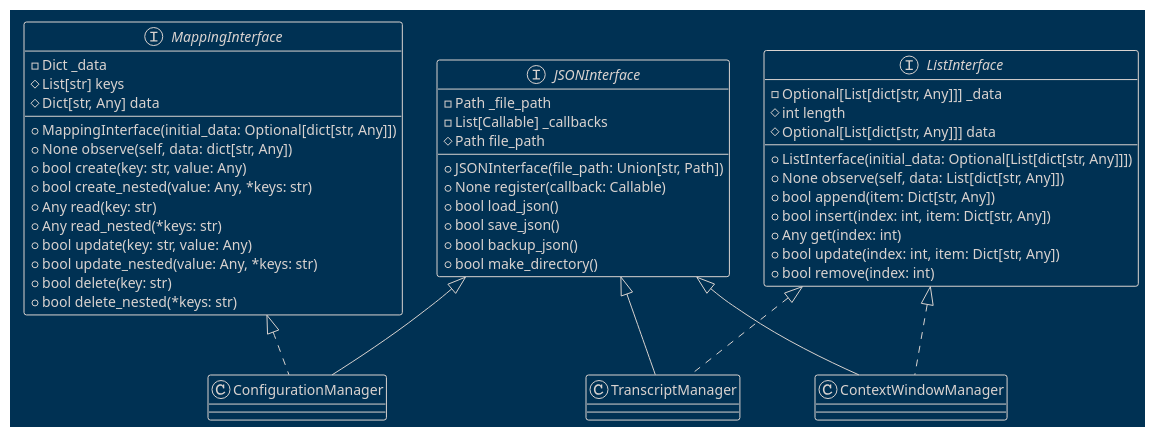
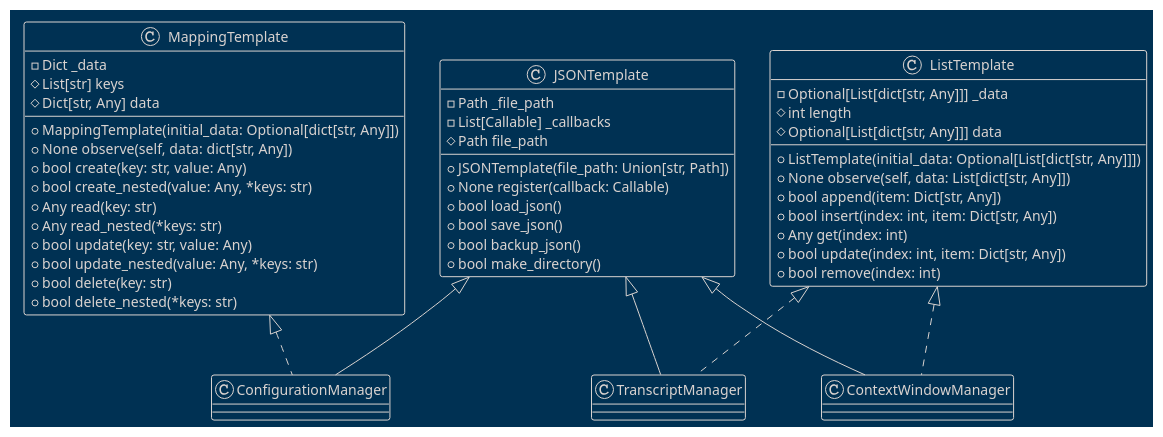
One commit to teleprint-me/py.gpt.prompt changed the diagram in docs/diagrams/plantuml/json_interface.puml. Above: the diagram before and after it, drawn with PlantUML.

Commit message:
docs: Rename mapping template class identifiers

```diff
--- a/docs/diagrams/plantuml/json_interface.puml
+++ b/docs/diagrams/plantuml/json_interface.puml
@@ -1,56 +1,56 @@
-@startuml JSONInterface
+@startuml MappingTemplate
 !theme blueprint
 
-interface JSONInterface {
+class JSONTemplate {
     - Path _file_path
     - List[Callable] _callbacks
-    + JSONInterface(file_path: Union[str, Path])
+    + JSONTemplate(file_path: Union[str, Path])
     # Path file_path
     + None register(callback: Callable)
     + bool load_json()
     + bool save_json()
     + bool backup_json()
     + bool make_directory()
 }
 
-interface ListInterface {
+class ListTemplate {
     - Optional[List[dict[str, Any]]] _data
-    + ListInterface(initial_data: Optional[List[dict[str, Any]]])
+    + ListTemplate(initial_data: Optional[List[dict[str, Any]]])
     # int length
     # Optional[List[dict[str, Any]]] data
     + None observe(self, data: List[dict[str, Any]])
     + bool append(item: Dict[str, Any])
     + bool insert(index: int, item: Dict[str, Any])
     + Any get(index: int)
     + bool update(index: int, item: Dict[str, Any])
     + bool remove(index: int)
 }
 
-interface MappingInterface {
+class MappingTemplate {
     - Dict _data
-    + MappingInterface(initial_data: Optional[dict[str, Any]])
+    + MappingTemplate(initial_data: Optional[dict[str, Any]])
     # List[str] keys
     # Dict[str, Any] data
     + None observe(self, data: dict[str, Any])
     + bool create(key: str, value: Any)
     + bool create_nested(value: Any, *keys: str)
     + Any read(key: str)
     + Any read_nested(*keys: str)
     + bool update(key: str, value: Any)
     + bool update_nested(value: Any, *keys: str)
     + bool delete(key: str)
     + bool delete_nested(*keys: str)
 }
 
 class ConfigurationManager
-JSONInterface <|-- ConfigurationManager
-MappingInterface <|.. ConfigurationManager
+JSONTemplate <|-- ConfigurationManager
+MappingTemplate <|.. ConfigurationManager
 
 class ContextWindowManager
-JSONInterface <|-- ContextWindowManager
-ListInterface <|.. ContextWindowManager
+JSONTemplate <|-- ContextWindowManager
+ListTemplate <|.. ContextWindowManager
 
 class TranscriptManager
-JSONInterface <|-- TranscriptManager
-ListInterface <|.. TranscriptManager
+JSONTemplate <|-- TranscriptManager
+ListTemplate <|.. TranscriptManager
 @enduml
```
